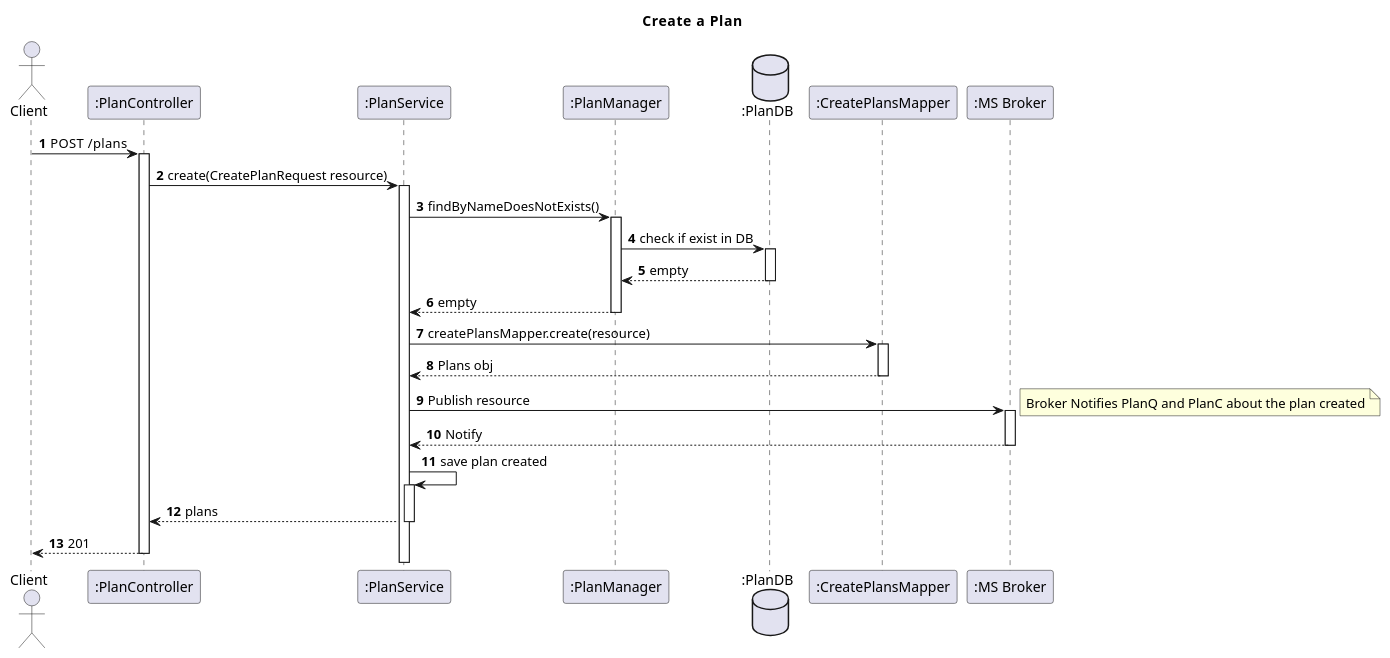
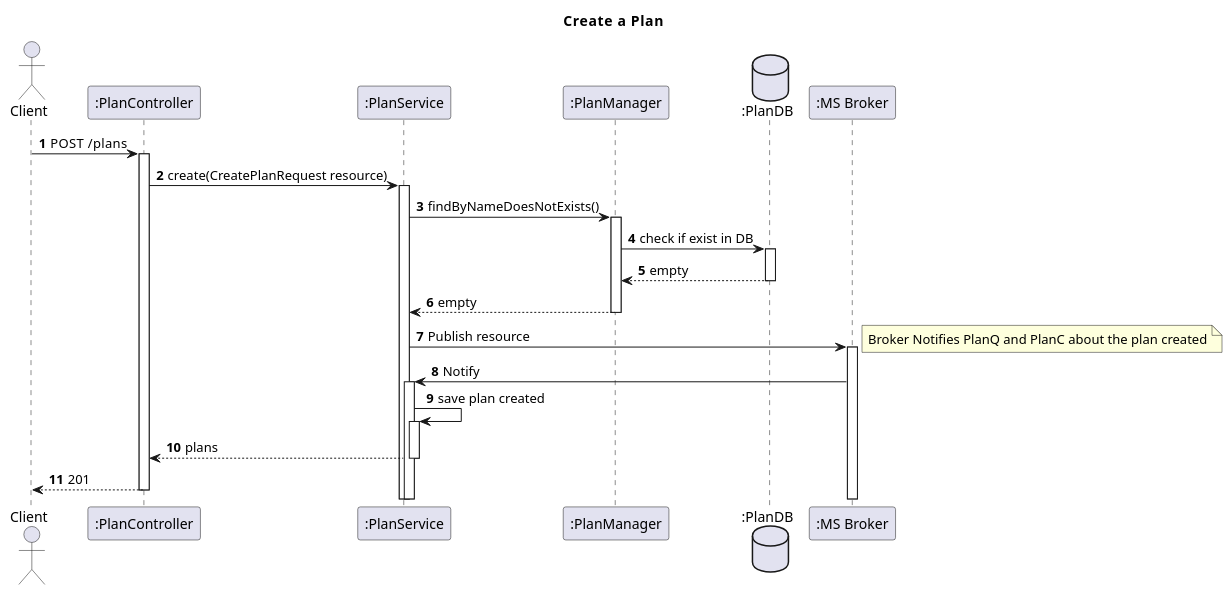
One commit to IsepMartimOliveira/SIDIS changed the diagram in docs_sidis/Segunda_Avalição/Plans/Vista_Logica/N3/UserPlanInteractionCreate.puml. Above: the diagram before and after it, drawn with PlantUML. The commit also changed 14 other files, not shown here.

```diff
--- a/docs_sidis/Segunda_Avalição/Plans/Vista_Logica/N3/UserPlanInteractionCreate.puml
+++ b/docs_sidis/Segunda_Avalição/Plans/Vista_Logica/N3/UserPlanInteractionCreate.puml
@@ -1,47 +1,45 @@
 @startuml
 'https://plantuml.com/sequence-diagram
 autoactivate on
 autonumber
 title  Create  a  Plan
 
 autonumber
 
 actor "Client" as Ac
 participant ":PlanController" as PlanController
 participant ":PlanService" as PService
 participant ":PlanManager" as PManager
 database ":PlanDB" as PDB
-participant ":CreatePlansMapper" as MP
 
 
 
 
 
 
 
 participant ":MS Broker" as Broker
 
 Ac->PlanController:POST  /plans
 PlanController->PService:create(CreatePlanRequest resource)
 PService->PManager:findByNameDoesNotExists()
 PManager->PDB:check if exist in DB
 PDB-->PManager:empty
 PManager-->PService:empty
-PService->MP:createPlansMapper.create(resource)
-MP-->PService:Plans obj
+
 PService->Broker:Publish resource
 note right
 Broker Notifies PlanQ and PlanC about the plan created
 end note
-PService<--Broker:Notify
+PService<-Broker:Notify
 PService->PService:save plan created
 PService-->PlanController:plans
 PlanController-->Ac:201
 
 
 
 
 
 
 
 @enduml
```
